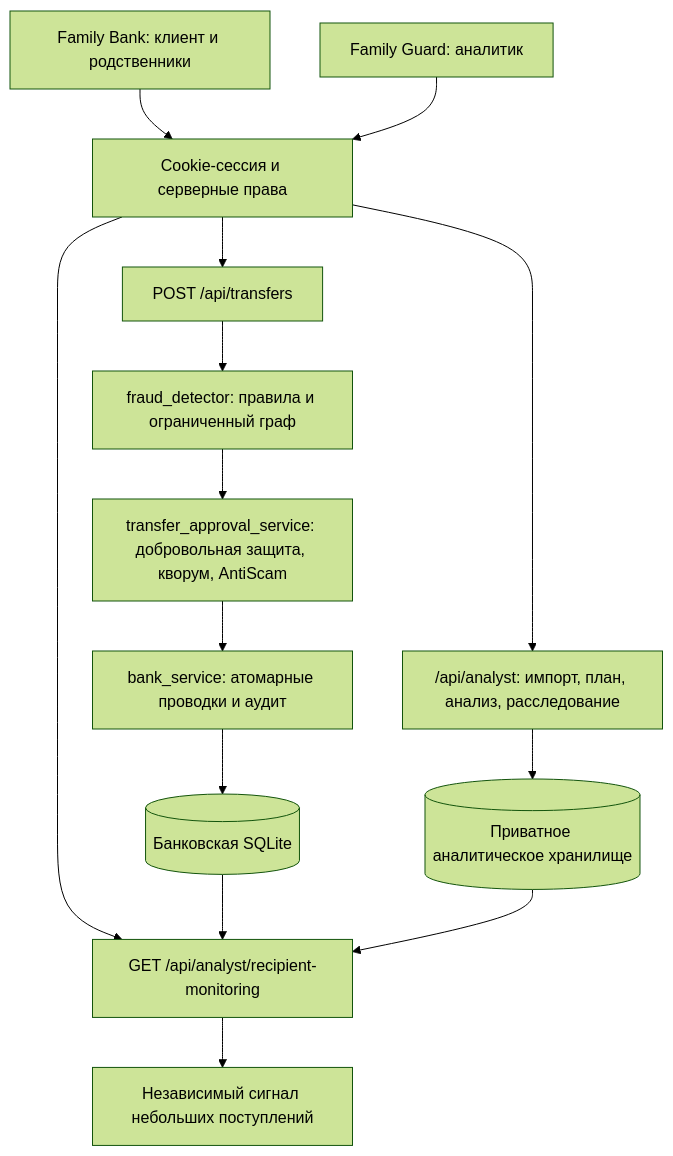
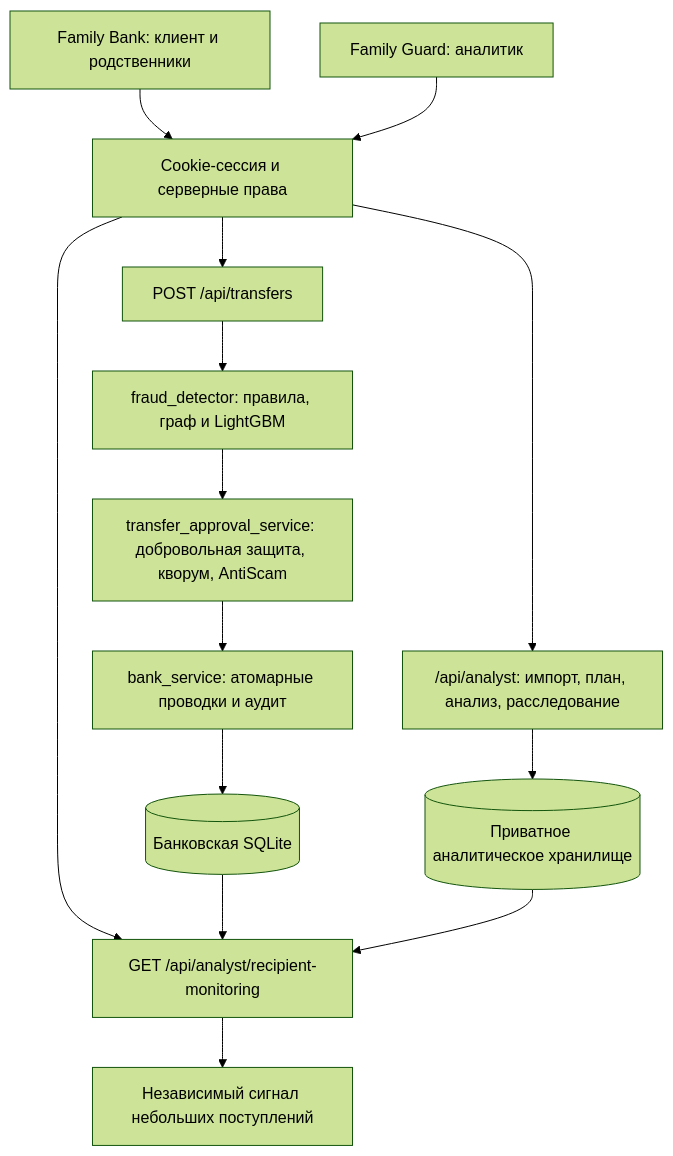
One commit to z4n9/anti_fraud_combined changed the diagram in docs/architecture.md. Above: the diagram before and after it, drawn with Mermaid (forest theme). The commit also changed other lines of this file and 83 other files, not shown here.

````diff
--- a/docs/architecture.md
+++ b/docs/architecture.md
@@ -7,16 +7,16 @@
 ```mermaid
 flowchart TB
     BANK["Family Bank: клиент и родственники"] --> AUTH["Cookie-сессия и серверные права"]
     GUARD["Family Guard: аналитик"] --> AUTH
     AUTH --> TRANSFER["POST /api/transfers"]
-    TRANSFER --> SCORE["fraud_detector: правила и ограниченный граф"]
+    TRANSFER --> SCORE["fraud_detector: правила, граф и LightGBM"]
     SCORE --> POLICY["transfer_approval_service: добровольная защита, кворум, AntiScam"]
     POLICY --> MONEY["bank_service: атомарные проводки и аудит"]
     MONEY --> DB[("Банковская SQLite")]
     AUTH --> ANALYSIS["/api/analyst: импорт, план, анализ, расследование"]
     ANALYSIS --> STORAGE[("Приватное аналитическое хранилище")]
     AUTH --> MONITOR["GET /api/analyst/recipient-monitoring"]
     DB --> MONITOR
     STORAGE --> MONITOR
     MONITOR --> SIGNAL["Независимый сигнал небольших поступлений"]
 ```
````
